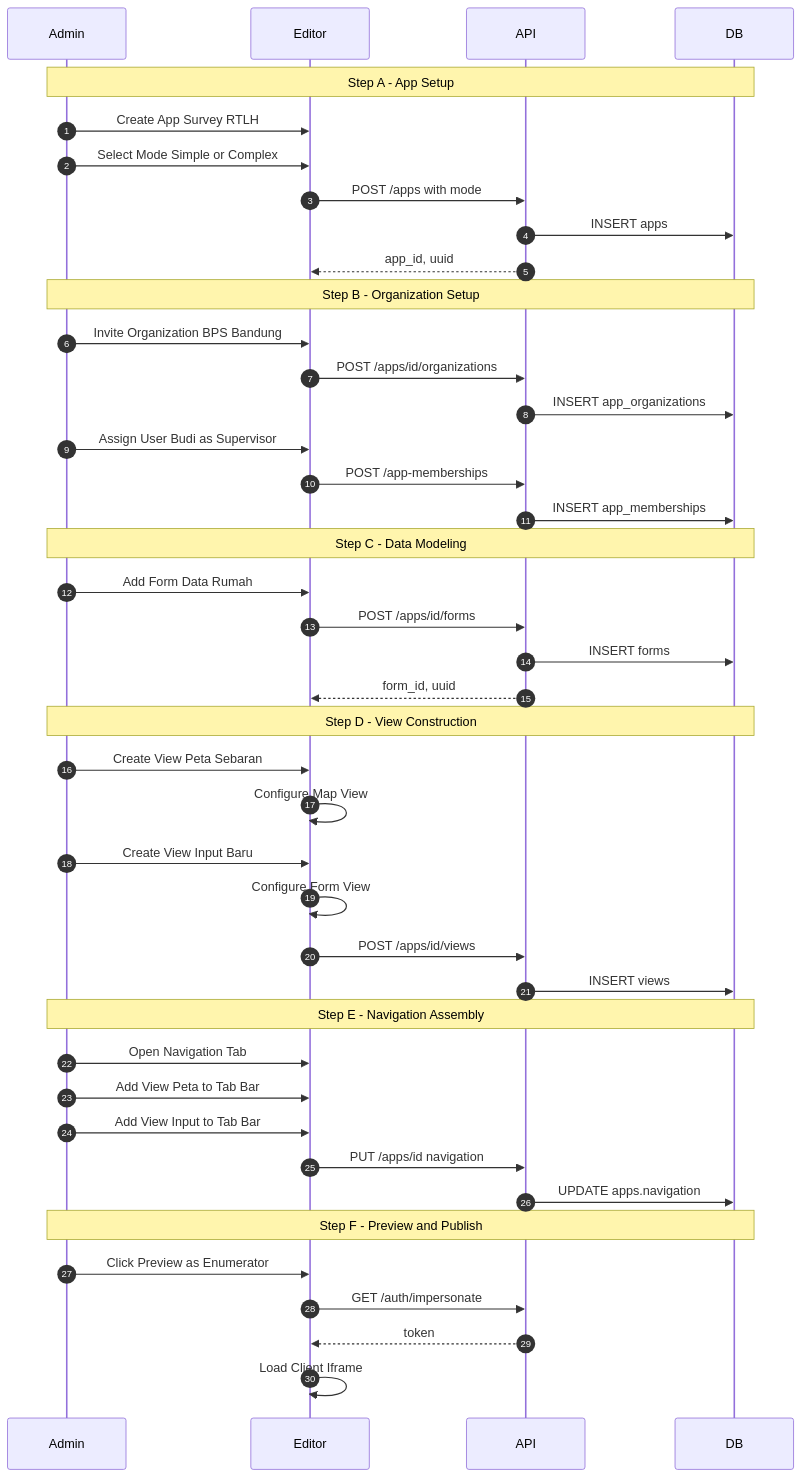
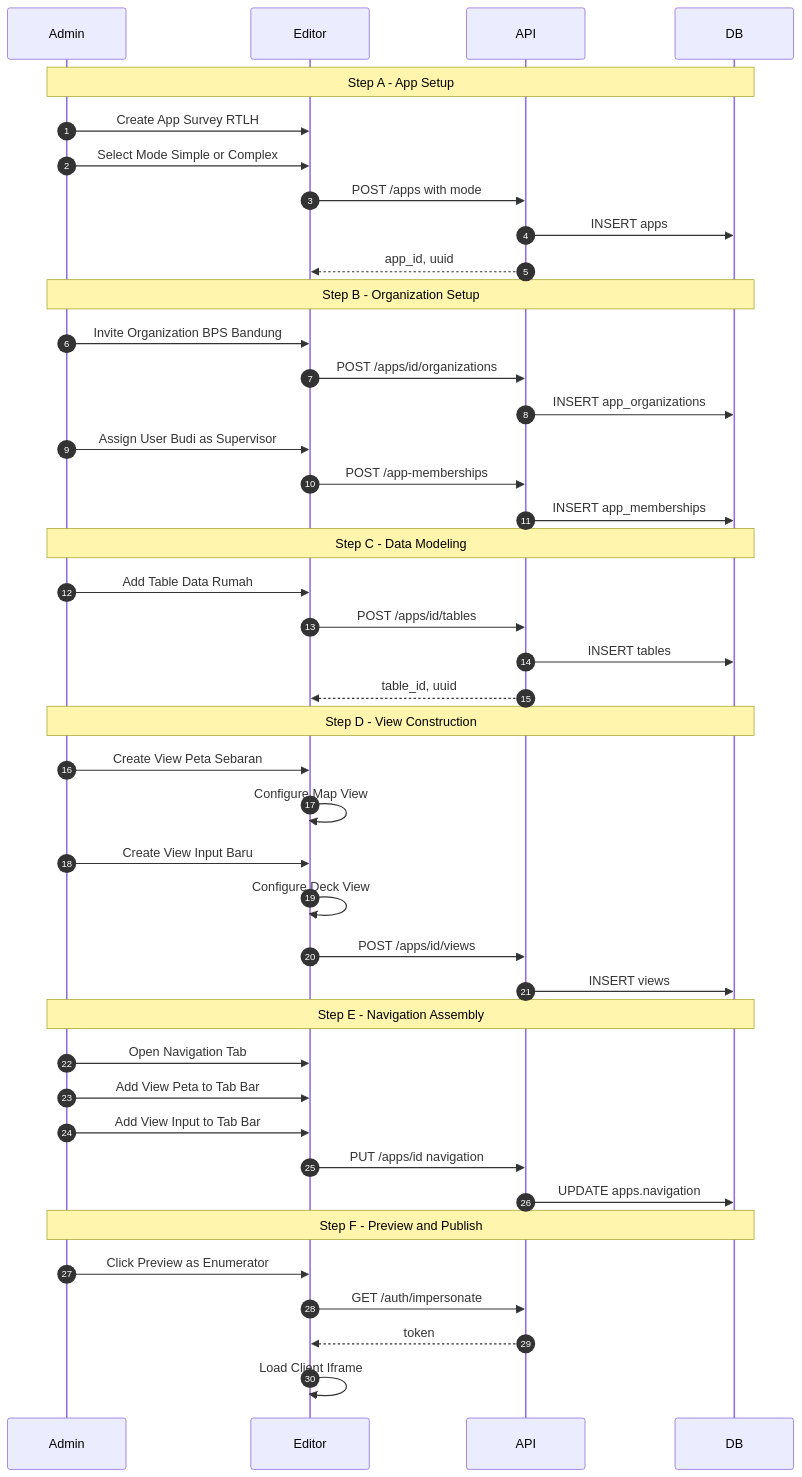
One commit to ihkaru/cerdas changed the third of 6 diagrams in docs/FORM_EDITOR_WORKFLOW.md. Above: the diagram before and after it, drawn with Mermaid. The commit also changed other lines of this file and 264 other files, not shown here.

````diff
--- a/docs/FORM_EDITOR_WORKFLOW.md
+++ b/docs/FORM_EDITOR_WORKFLOW.md
@@ -165,50 +165,50 @@
 ```mermaid
 sequenceDiagram
     autonumber
     participant Admin
     participant Editor
     participant API
     participant DB
 
     Note over Admin,DB: Step A - App Setup
     Admin->>Editor: Create App Survey RTLH
     Admin->>Editor: Select Mode Simple or Complex
     Editor->>API: POST /apps with mode
     API->>DB: INSERT apps
     API-->>Editor: app_id, uuid
     
     Note over Admin,DB: Step B - Organization Setup
     Admin->>Editor: Invite Organization BPS Bandung
     Editor->>API: POST /apps/id/organizations
     API->>DB: INSERT app_organizations
     Admin->>Editor: Assign User Budi as Supervisor
     Editor->>API: POST /app-memberships
     API->>DB: INSERT app_memberships
     
     Note over Admin,DB: Step C - Data Modeling
-    Admin->>Editor: Add Form Data Rumah
-    Editor->>API: POST /apps/id/forms
-    API->>DB: INSERT forms
-    API-->>Editor: form_id, uuid
+    Admin->>Editor: Add Table Data Rumah
+    Editor->>API: POST /apps/id/tables
+    API->>DB: INSERT tables
+    API-->>Editor: table_id, uuid
     
     Note over Admin,DB: Step D - View Construction
     Admin->>Editor: Create View Peta Sebaran
     Editor->>Editor: Configure Map View
     Admin->>Editor: Create View Input Baru
-    Editor->>Editor: Configure Form View
+    Editor->>Editor: Configure Deck View
     Editor->>API: POST /apps/id/views
     API->>DB: INSERT views
     
     Note over Admin,DB: Step E - Navigation Assembly
     Admin->>Editor: Open Navigation Tab
     Admin->>Editor: Add View Peta to Tab Bar
     Admin->>Editor: Add View Input to Tab Bar
     Editor->>API: PUT /apps/id navigation
     API->>DB: UPDATE apps.navigation
 
     Note over Admin,DB: Step F - Preview and Publish
     Admin->>Editor: Click Preview as Enumerator
     Editor->>API: GET /auth/impersonate
     API-->>Editor: token
     Editor->>Editor: Load Client Iframe
 ```
````
